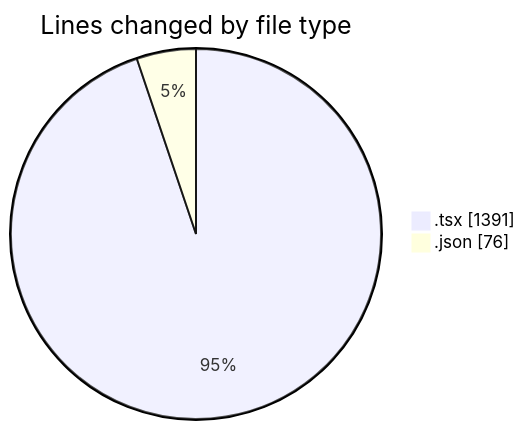
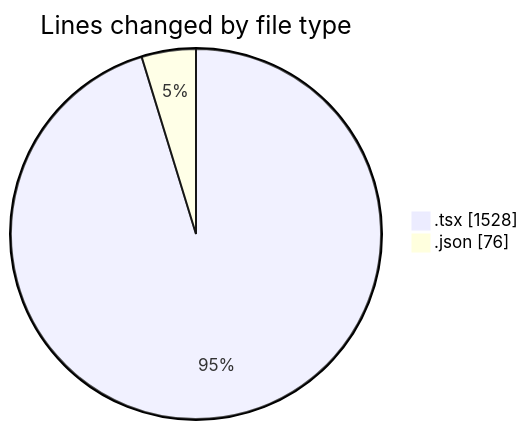
Before and after one commit to nxtqubesakshisongat/code-tracking: the first of 2 diagrams in 2026-01-30/nxtqube_webapp/README.md, drawn with Mermaid. The commit also changed other lines of this file and 1 other file, not shown here.

````diff
--- a/2026-01-30/nxtqube_webapp/README.md
+++ b/2026-01-30/nxtqube_webapp/README.md
@@ -23,6 +23,6 @@
 ```mermaid
 pie showData
 title Lines changed by file type
-".tsx" : 1391
+".tsx" : 1528
 ".json" : 76
 ```
````
